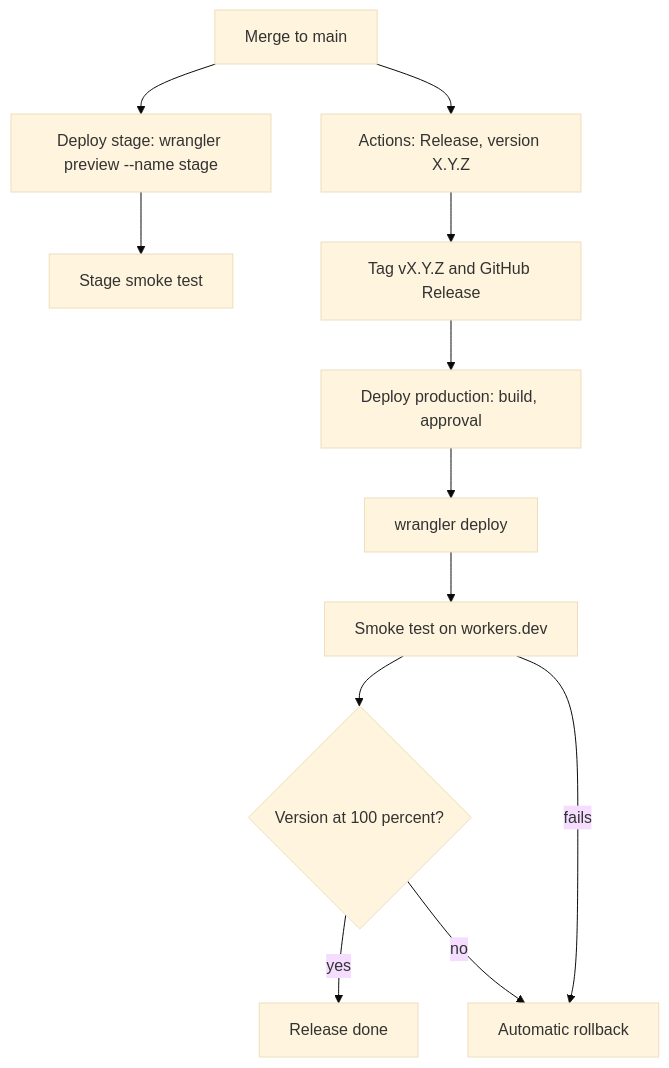
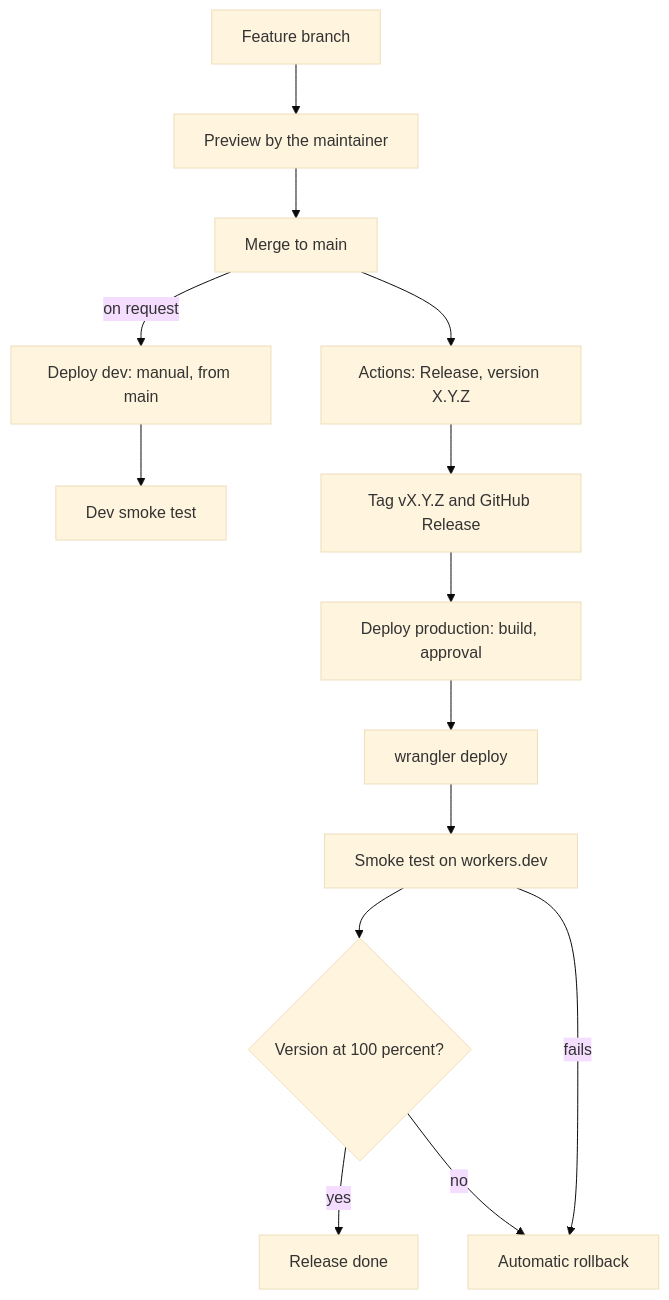
Before and after one commit to greenblacked/Notes: the diagram in content/runbooks/cloudflare-workers-deploy-and-rollback.md, drawn with Mermaid (base theme). The commit also changed other lines of this file and 18 other files, not shown here.

Commit message:
ci: replace stage with a manual dev deploy from main

````diff
--- a/content/runbooks/cloudflare-workers-deploy-and-rollback.md
+++ b/content/runbooks/cloudflare-workers-deploy-and-rollback.md
@@ -36,14 +36,16 @@
 ```mermaid
 flowchart TD
-    A[Merge to main] --> B[Deploy stage: wrangler preview --name stage]
-    B --> C[Stage smoke test]
-    A --> D[Actions: Release, version X.Y.Z]
+    A[Feature branch] --> P[Preview by the maintainer]
+    P --> M[Merge to main]
+    M -->|on request| B[Deploy dev: manual, from main]
+    B --> C[Dev smoke test]
+    M --> D[Actions: Release, version X.Y.Z]
     D --> E[Tag vX.Y.Z and GitHub Release]
     E --> F[Deploy production: build, approval]
     F --> G[wrangler deploy]
     G --> H[Smoke test on workers.dev]
     H --> I{Version at 100 percent?}
     I -- yes --> J[Release done]
     I -- no --> K[Automatic rollback]
     H -- fails --> K
 ```
````
